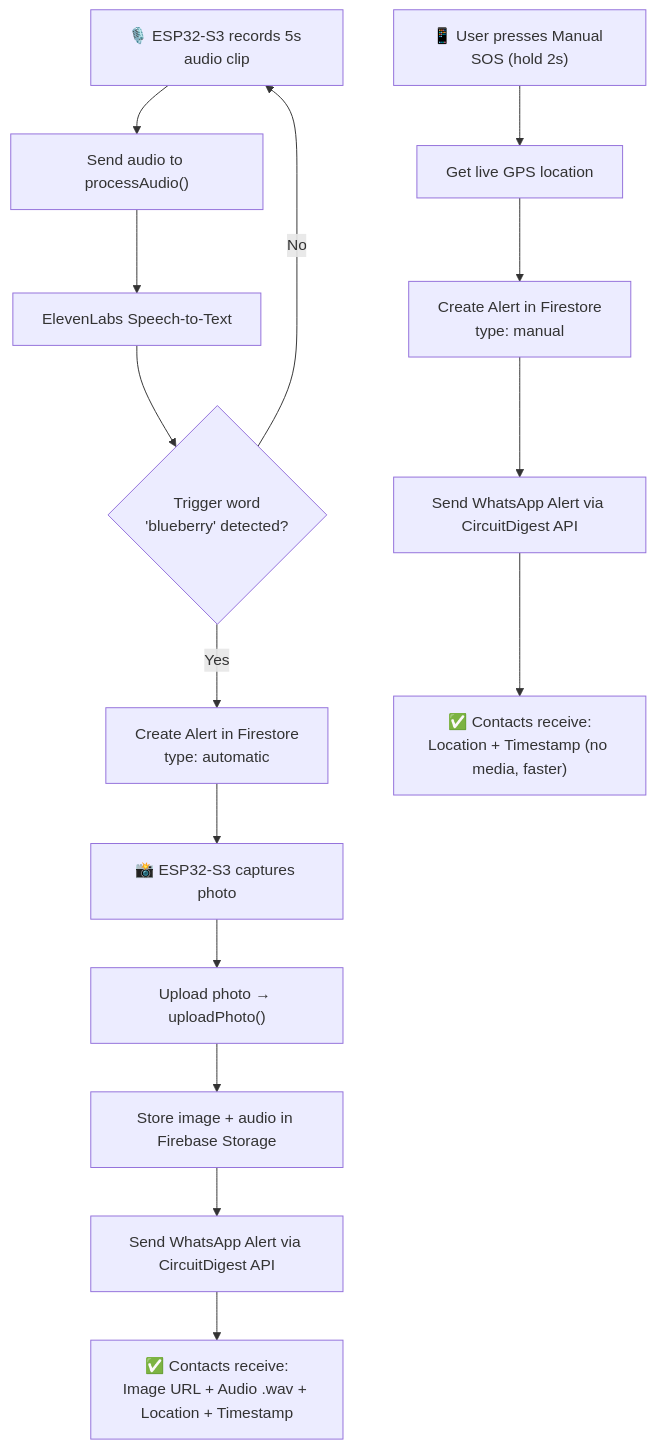
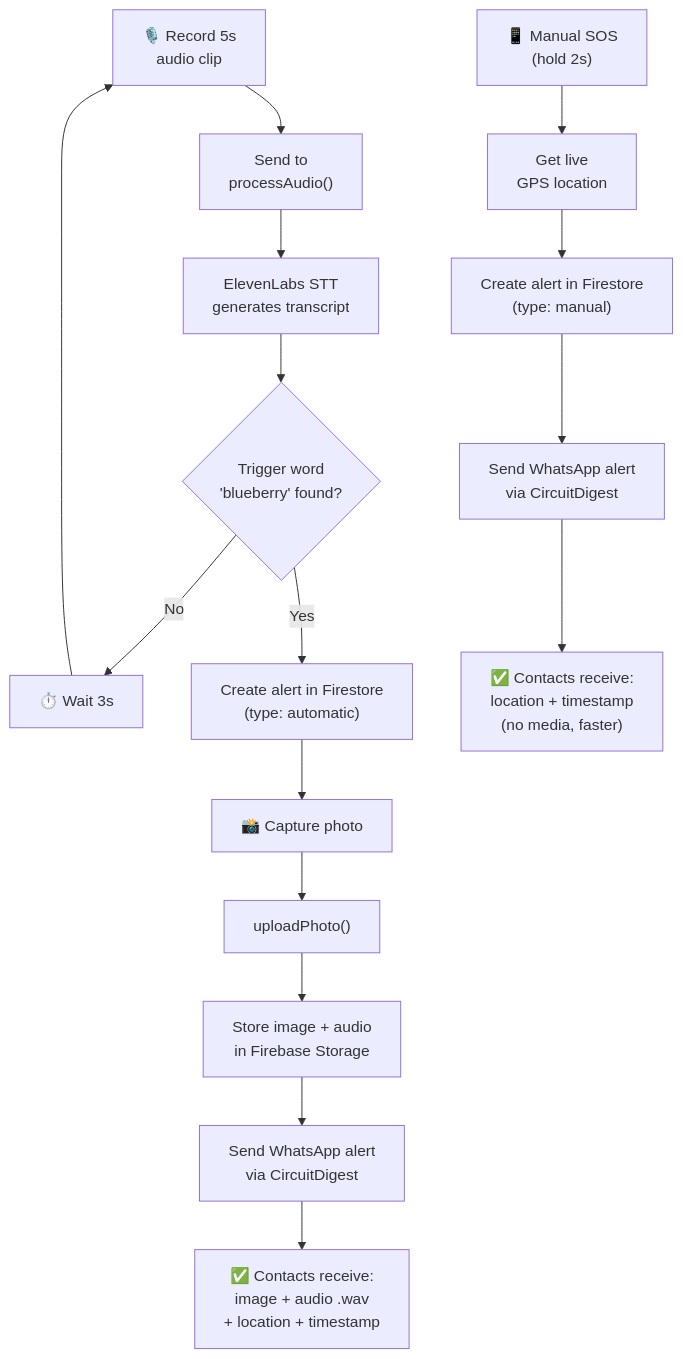
One commit to SubashreeT24/SheAlert changed the second of 2 diagrams in README.md. Above: the diagram before and after it, drawn with Mermaid. The commit also changed other lines of this file, not shown here.

First line of the commit message:
Enhance README with detailed alert and backend info

````diff
--- a/README.md
+++ b/README.md
@@ -109,18 +113,18 @@
 ```mermaid
 flowchart TD
-    A["🎙️ ESP32-S3 records 5s audio clip"] --> B["Send audio to processAudio()"]
-    B --> C["ElevenLabs Speech-to-Text"]
-    C --> D{"Trigger word<br/>'blueberry' detected?"}
-    D -- No --> A
-    D -- Yes --> E["Create Alert in Firestore<br/>type: automatic"]
-    E --> F["📸 ESP32-S3 captures photo"]
-    F --> G["Upload photo → uploadPhoto()"]
-    G --> H["Store image + audio in Firebase Storage"]
-    H --> I["Send WhatsApp Alert via CircuitDigest API"]
-    I --> J["✅ Contacts receive:<br/>Image URL + Audio .wav + Location + Timestamp"]
+    A["🎙️ Record 5s<br/>audio clip"] --> B["Send to<br/>processAudio()"]
+    B --> C["ElevenLabs STT<br/>generates transcript"]
+    C --> D{"Trigger word<br/>'blueberry' found?"}
+    D -- No --> W["⏱️ Wait 3s"] --> A
+    D -- Yes --> E["Create alert in Firestore<br/>(type: automatic)"]
+    E --> F["📸 Capture photo"]
+    F --> G["uploadPhoto()"]
+    G --> H["Store image + audio<br/>in Firebase Storage"]
+    H --> I["Send WhatsApp alert<br/>via CircuitDigest"]
+    I --> J["✅ Contacts receive:<br/>image + audio .wav<br/>+ location + timestamp"]
 
-    K["📱 User presses Manual SOS (hold 2s)"] --> L["Get live GPS location"]
-    L --> M["Create Alert in Firestore<br/>type: manual"]
-    M --> N["Send WhatsApp Alert via CircuitDigest API"]
-    N --> O["✅ Contacts receive:<br/>Location + Timestamp (no media, faster)"]
+    K["📱 Manual SOS<br/>(hold 2s)"] --> L["Get live<br/>GPS location"]
+    L --> M["Create alert in Firestore<br/>(type: manual)"]
+    M --> N["Send WhatsApp alert<br/>via CircuitDigest"]
+    N --> O["✅ Contacts receive:<br/>location + timestamp<br/>(no media, faster)"]
 ```
````
